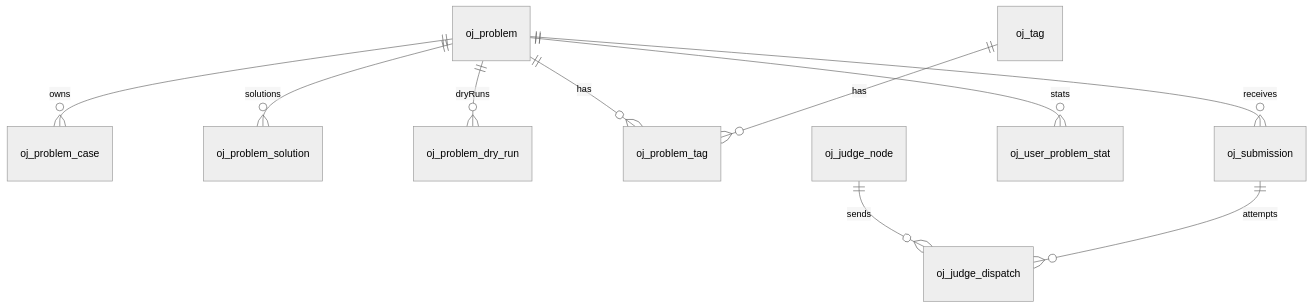
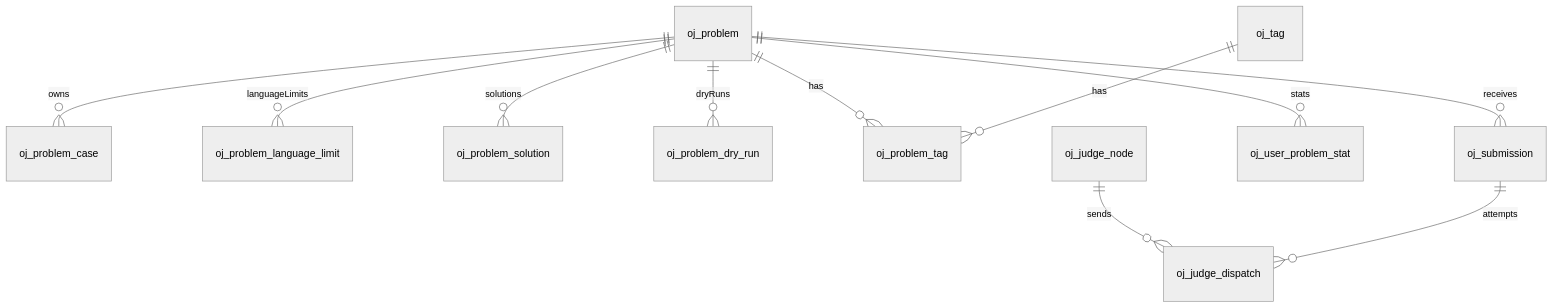
One commit to jiangbyte/acoj changed the first of 2 diagrams in docs/p0-数据库设计.md. Above: the diagram before and after it, drawn with Mermaid (neutral theme). The commit also changed other lines of this file and 107 other files, not shown here.

````diff
--- a/docs/p0-数据库设计.md
+++ b/docs/p0-数据库设计.md
@@ -11,12 +11,13 @@
 ```mermaid
 erDiagram
   oj_problem ||--o{ oj_problem_case : owns
+  oj_problem ||--o{ oj_problem_language_limit : languageLimits
   oj_problem ||--o{ oj_problem_solution : solutions
   oj_problem ||--o{ oj_problem_dry_run : dryRuns
   oj_problem ||--o{ oj_problem_tag : has
   oj_tag ||--o{ oj_problem_tag : has
   oj_problem ||--o{ oj_submission : receives
   oj_problem ||--o{ oj_user_problem_stat : stats
   oj_judge_node ||--o{ oj_judge_dispatch : sends
   oj_submission ||--o{ oj_judge_dispatch : attempts
 ```
````
